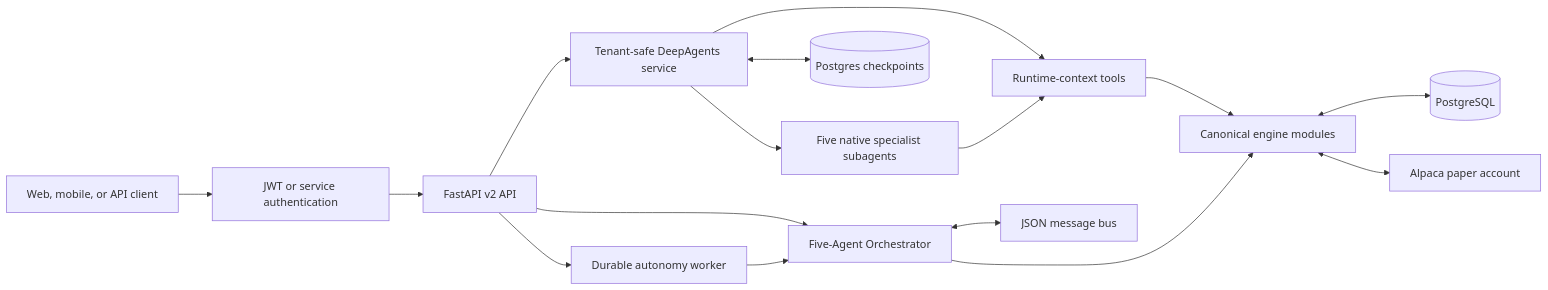
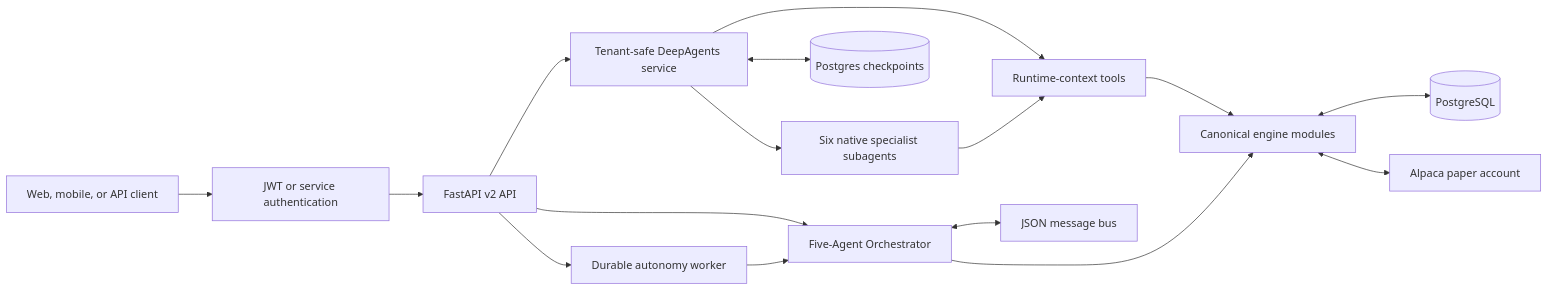
The first of 5 diagrams in docs/agent_architecture.md (predictivelabsai/alpatrade), drawn with Mermaid before and after one commit. The commit also changed other lines of this file and 40 other files, not shown here.

````diff
--- a/docs/agent_architecture.md
+++ b/docs/agent_architecture.md
@@ -11,31 +11,31 @@
 ```mermaid
 flowchart LR
     Client[Web, mobile, or API client]
     Auth[JWT or service authentication]
     API[FastAPI v2 API]
     Chat[Tenant-safe DeepAgents service]
-    Specialists[Five native specialist subagents]
+    Specialists[Six native specialist subagents]
     Tools[Runtime-context tools]
     Checkpoint[(Postgres checkpoints)]
     Orch[Five-Agent Orchestrator]
     Auto[Durable autonomy worker]
     Engine[Canonical engine modules]
     DB[(PostgreSQL)]
     Alpaca[Alpaca paper account]
     Bus[JSON message bus]
 
     Client --> Auth --> API
     API --> Chat
     Chat --> Specialists
     Chat --> Tools
     Chat <--> Checkpoint
     API --> Orch
     API --> Auto
     Specialists --> Tools
     Tools --> Engine
     Orch --> Engine
     Auto --> Orch
     Orch <--> Bus
     Engine <--> DB
     Engine <--> Alpaca
 ```
````
